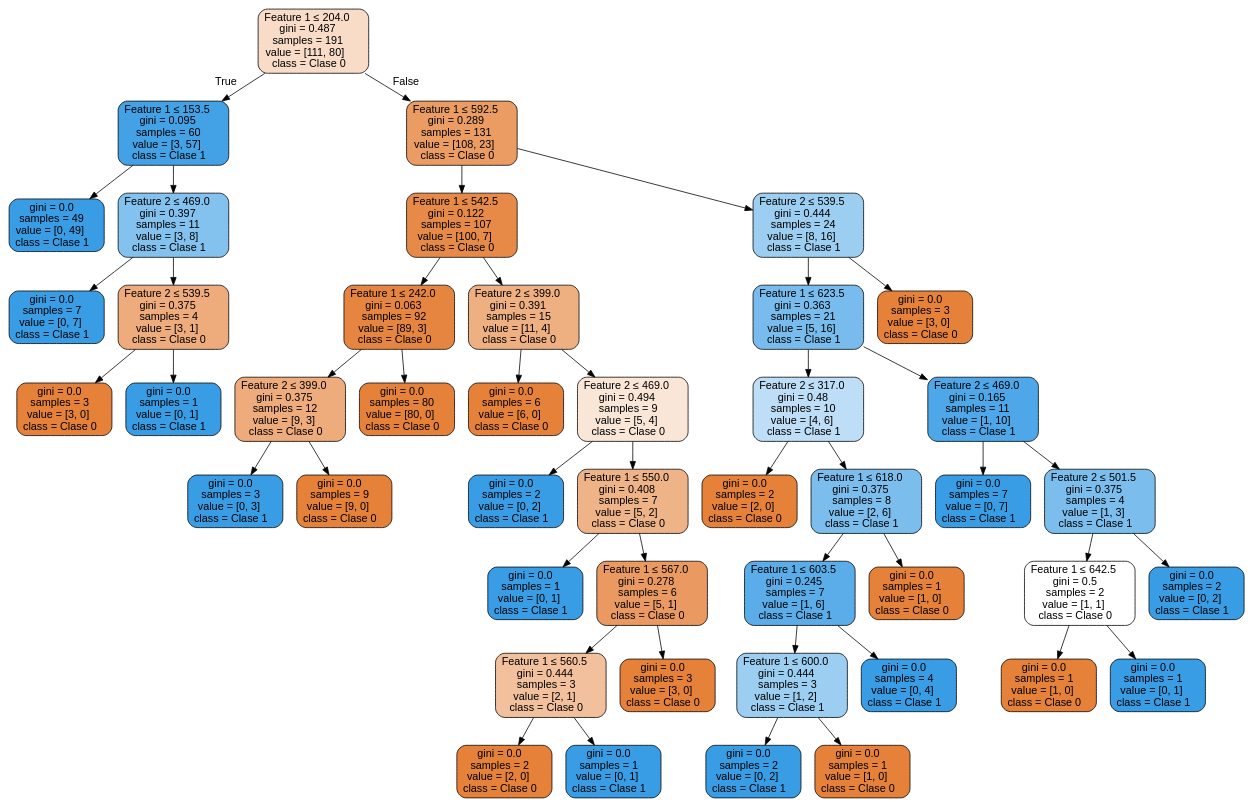
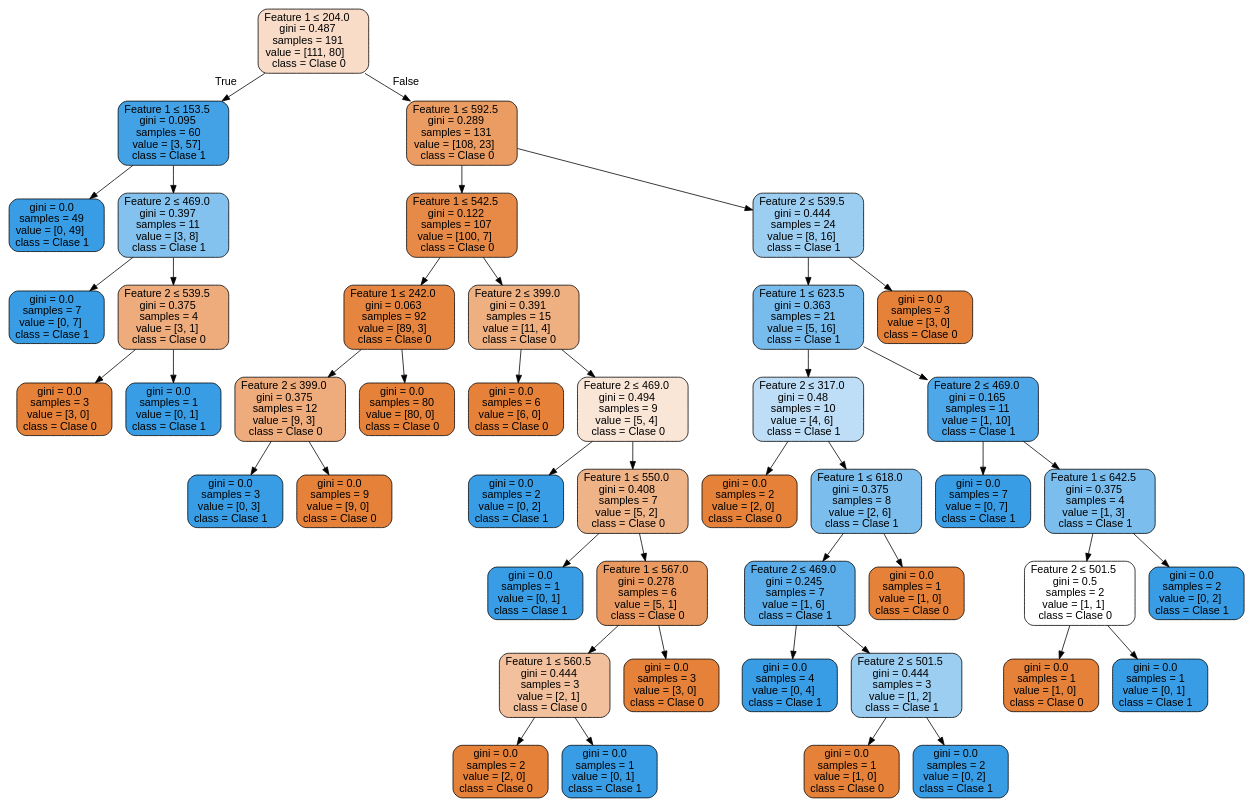
Before and after one commit to eAlcaraz85/IA.io: the diagram in Source.gv, drawn with Graphviz. The commit also changed 6 other files, not shown here.

```diff
--- a/Source.gv
+++ b/Source.gv
@@ -1,93 +1,93 @@
 digraph Tree {
 node [shape=box, style="filled, rounded", color="black", fontname="helvetica"] ;
 edge [fontname="helvetica"] ;
 0 [label=<Feature 1 &le; 204.0<br/>gini = 0.487<br/>samples = 191<br/>value = [111, 80]<br/>class = Clase 0>, fillcolor="#f8dcc8"] ;
 1 [label=<Feature 1 &le; 153.5<br/>gini = 0.095<br/>samples = 60<br/>value = [3, 57]<br/>class = Clase 1>, fillcolor="#43a2e6"] ;
 0 -> 1 [labeldistance=2.5, labelangle=45, headlabel="True"] ;
 2 [label=<gini = 0.0<br/>samples = 49<br/>value = [0, 49]<br/>class = Clase 1>, fillcolor="#399de5"] ;
 1 -> 2 ;
 3 [label=<Feature 2 &le; 469.0<br/>gini = 0.397<br/>samples = 11<br/>value = [3, 8]<br/>class = Clase 1>, fillcolor="#83c2ef"] ;
 1 -> 3 ;
 4 [label=<gini = 0.0<br/>samples = 7<br/>value = [0, 7]<br/>class = Clase 1>, fillcolor="#399de5"] ;
 3 -> 4 ;
 5 [label=<Feature 2 &le; 539.5<br/>gini = 0.375<br/>samples = 4<br/>value = [3, 1]<br/>class = Clase 0>, fillcolor="#eeab7b"] ;
 3 -> 5 ;
 6 [label=<gini = 0.0<br/>samples = 3<br/>value = [3, 0]<br/>class = Clase 0>, fillcolor="#e58139"] ;
 5 -> 6 ;
 7 [label=<gini = 0.0<br/>samples = 1<br/>value = [0, 1]<br/>class = Clase 1>, fillcolor="#399de5"] ;
 5 -> 7 ;
 8 [label=<Feature 1 &le; 592.5<br/>gini = 0.289<br/>samples = 131<br/>value = [108, 23]<br/>class = Clase 0>, fillcolor="#eb9c63"] ;
 0 -> 8 [labeldistance=2.5, labelangle=-45, headlabel="False"] ;
 9 [label=<Feature 1 &le; 542.5<br/>gini = 0.122<br/>samples = 107<br/>value = [100, 7]<br/>class = Clase 0>, fillcolor="#e78a47"] ;
 8 -> 9 ;
 10 [label=<Feature 1 &le; 242.0<br/>gini = 0.063<br/>samples = 92<br/>value = [89, 3]<br/>class = Clase 0>, fillcolor="#e68540"] ;
 9 -> 10 ;
 11 [label=<Feature 2 &le; 399.0<br/>gini = 0.375<br/>samples = 12<br/>value = [9, 3]<br/>class = Clase 0>, fillcolor="#eeab7b"] ;
 10 -> 11 ;
 12 [label=<gini = 0.0<br/>samples = 3<br/>value = [0, 3]<br/>class = Clase 1>, fillcolor="#399de5"] ;
 11 -> 12 ;
 13 [label=<gini = 0.0<br/>samples = 9<br/>value = [9, 0]<br/>class = Clase 0>, fillcolor="#e58139"] ;
 11 -> 13 ;
 14 [label=<gini = 0.0<br/>samples = 80<br/>value = [80, 0]<br/>class = Clase 0>, fillcolor="#e58139"] ;
 10 -> 14 ;
 15 [label=<Feature 2 &le; 399.0<br/>gini = 0.391<br/>samples = 15<br/>value = [11, 4]<br/>class = Clase 0>, fillcolor="#eeaf81"] ;
 9 -> 15 ;
 16 [label=<gini = 0.0<br/>samples = 6<br/>value = [6, 0]<br/>class = Clase 0>, fillcolor="#e58139"] ;
 15 -> 16 ;
 17 [label=<Feature 2 &le; 469.0<br/>gini = 0.494<br/>samples = 9<br/>value = [5, 4]<br/>class = Clase 0>, fillcolor="#fae6d7"] ;
 15 -> 17 ;
 18 [label=<gini = 0.0<br/>samples = 2<br/>value = [0, 2]<br/>class = Clase 1>, fillcolor="#399de5"] ;
 17 -> 18 ;
 19 [label=<Feature 1 &le; 550.0<br/>gini = 0.408<br/>samples = 7<br/>value = [5, 2]<br/>class = Clase 0>, fillcolor="#efb388"] ;
 17 -> 19 ;
 20 [label=<gini = 0.0<br/>samples = 1<br/>value = [0, 1]<br/>class = Clase 1>, fillcolor="#399de5"] ;
 19 -> 20 ;
 21 [label=<Feature 1 &le; 567.0<br/>gini = 0.278<br/>samples = 6<br/>value = [5, 1]<br/>class = Clase 0>, fillcolor="#ea9a61"] ;
 19 -> 21 ;
 22 [label=<Feature 1 &le; 560.5<br/>gini = 0.444<br/>samples = 3<br/>value = [2, 1]<br/>class = Clase 0>, fillcolor="#f2c09c"] ;
 21 -> 22 ;
 23 [label=<gini = 0.0<br/>samples = 2<br/>value = [2, 0]<br/>class = Clase 0>, fillcolor="#e58139"] ;
 22 -> 23 ;
 24 [label=<gini = 0.0<br/>samples = 1<br/>value = [0, 1]<br/>class = Clase 1>, fillcolor="#399de5"] ;
 22 -> 24 ;
 25 [label=<gini = 0.0<br/>samples = 3<br/>value = [3, 0]<br/>class = Clase 0>, fillcolor="#e58139"] ;
 21 -> 25 ;
 26 [label=<Feature 2 &le; 539.5<br/>gini = 0.444<br/>samples = 24<br/>value = [8, 16]<br/>class = Clase 1>, fillcolor="#9ccef2"] ;
 8 -> 26 ;
 27 [label=<Feature 1 &le; 623.5<br/>gini = 0.363<br/>samples = 21<br/>value = [5, 16]<br/>class = Clase 1>, fillcolor="#77bced"] ;
 26 -> 27 ;
 28 [label=<Feature 2 &le; 317.0<br/>gini = 0.48<br/>samples = 10<br/>value = [4, 6]<br/>class = Clase 1>, fillcolor="#bddef6"] ;
 27 -> 28 ;
 29 [label=<gini = 0.0<br/>samples = 2<br/>value = [2, 0]<br/>class = Clase 0>, fillcolor="#e58139"] ;
 28 -> 29 ;
 30 [label=<Feature 1 &le; 618.0<br/>gini = 0.375<br/>samples = 8<br/>value = [2, 6]<br/>class = Clase 1>, fillcolor="#7bbeee"] ;
 28 -> 30 ;
-31 [label=<Feature 1 &le; 603.5<br/>gini = 0.245<br/>samples = 7<br/>value = [1, 6]<br/>class = Clase 1>, fillcolor="#5aade9"] ;
+31 [label=<Feature 2 &le; 469.0<br/>gini = 0.245<br/>samples = 7<br/>value = [1, 6]<br/>class = Clase 1>, fillcolor="#5aade9"] ;
 30 -> 31 ;
-32 [label=<Feature 1 &le; 600.0<br/>gini = 0.444<br/>samples = 3<br/>value = [1, 2]<br/>class = Clase 1>, fillcolor="#9ccef2"] ;
+32 [label=<gini = 0.0<br/>samples = 4<br/>value = [0, 4]<br/>class = Clase 1>, fillcolor="#399de5"] ;
 31 -> 32 ;
-33 [label=<gini = 0.0<br/>samples = 2<br/>value = [0, 2]<br/>class = Clase 1>, fillcolor="#399de5"] ;
-32 -> 33 ;
+33 [label=<Feature 2 &le; 501.5<br/>gini = 0.444<br/>samples = 3<br/>value = [1, 2]<br/>class = Clase 1>, fillcolor="#9ccef2"] ;
+31 -> 33 ;
 34 [label=<gini = 0.0<br/>samples = 1<br/>value = [1, 0]<br/>class = Clase 0>, fillcolor="#e58139"] ;
-32 -> 34 ;
-35 [label=<gini = 0.0<br/>samples = 4<br/>value = [0, 4]<br/>class = Clase 1>, fillcolor="#399de5"] ;
-31 -> 35 ;
+33 -> 34 ;
+35 [label=<gini = 0.0<br/>samples = 2<br/>value = [0, 2]<br/>class = Clase 1>, fillcolor="#399de5"] ;
+33 -> 35 ;
 36 [label=<gini = 0.0<br/>samples = 1<br/>value = [1, 0]<br/>class = Clase 0>, fillcolor="#e58139"] ;
 30 -> 36 ;
 37 [label=<Feature 2 &le; 469.0<br/>gini = 0.165<br/>samples = 11<br/>value = [1, 10]<br/>class = Clase 1>, fillcolor="#4da7e8"] ;
 27 -> 37 ;
 38 [label=<gini = 0.0<br/>samples = 7<br/>value = [0, 7]<br/>class = Clase 1>, fillcolor="#399de5"] ;
 37 -> 38 ;
-39 [label=<Feature 2 &le; 501.5<br/>gini = 0.375<br/>samples = 4<br/>value = [1, 3]<br/>class = Clase 1>, fillcolor="#7bbeee"] ;
+39 [label=<Feature 1 &le; 642.5<br/>gini = 0.375<br/>samples = 4<br/>value = [1, 3]<br/>class = Clase 1>, fillcolor="#7bbeee"] ;
 37 -> 39 ;
-40 [label=<Feature 1 &le; 642.5<br/>gini = 0.5<br/>samples = 2<br/>value = [1, 1]<br/>class = Clase 0>, fillcolor="#ffffff"] ;
+40 [label=<Feature 2 &le; 501.5<br/>gini = 0.5<br/>samples = 2<br/>value = [1, 1]<br/>class = Clase 0>, fillcolor="#ffffff"] ;
 39 -> 40 ;
 41 [label=<gini = 0.0<br/>samples = 1<br/>value = [1, 0]<br/>class = Clase 0>, fillcolor="#e58139"] ;
 40 -> 41 ;
 42 [label=<gini = 0.0<br/>samples = 1<br/>value = [0, 1]<br/>class = Clase 1>, fillcolor="#399de5"] ;
 40 -> 42 ;
 43 [label=<gini = 0.0<br/>samples = 2<br/>value = [0, 2]<br/>class = Clase 1>, fillcolor="#399de5"] ;
 39 -> 43 ;
 44 [label=<gini = 0.0<br/>samples = 3<br/>value = [3, 0]<br/>class = Clase 0>, fillcolor="#e58139"] ;
 26 -> 44 ;
 }
```
